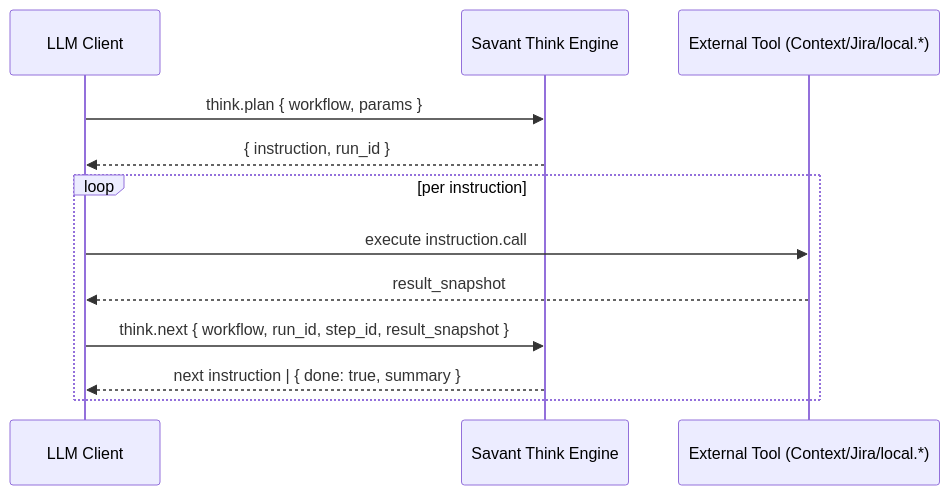
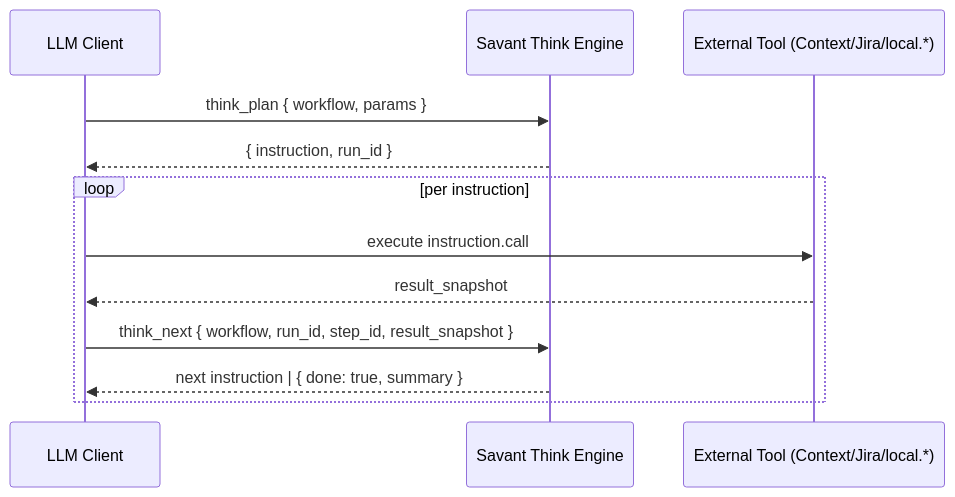
The first of 2 diagrams in memory_bank/engine_think.md (ashabbir/savant), drawn with Mermaid before and after one commit. The commit also changed other lines of this file and 37 other files, not shown here.

````diff
--- a/memory_bank/engine_think.md
+++ b/memory_bank/engine_think.md
@@ -17,15 +17,15 @@
 ```mermaid
 sequenceDiagram
     participant Client as LLM Client
     participant Think as Savant Think Engine
     participant Tool as External Tool (Context/Jira/local.*)
 
-    Client->>Think: think.plan { workflow, params }
+    Client->>Think: think_plan { workflow, params }
     Think-->>Client: { instruction, run_id }
     loop per instruction
         Client->>Tool: execute instruction.call
         Tool-->>Client: result_snapshot
-        Client->>Think: think.next { workflow, run_id, step_id, result_snapshot }
+        Client->>Think: think_next { workflow, run_id, step_id, result_snapshot }
         Think-->>Client: next instruction | { done: true, summary }
     end
 ```
````
